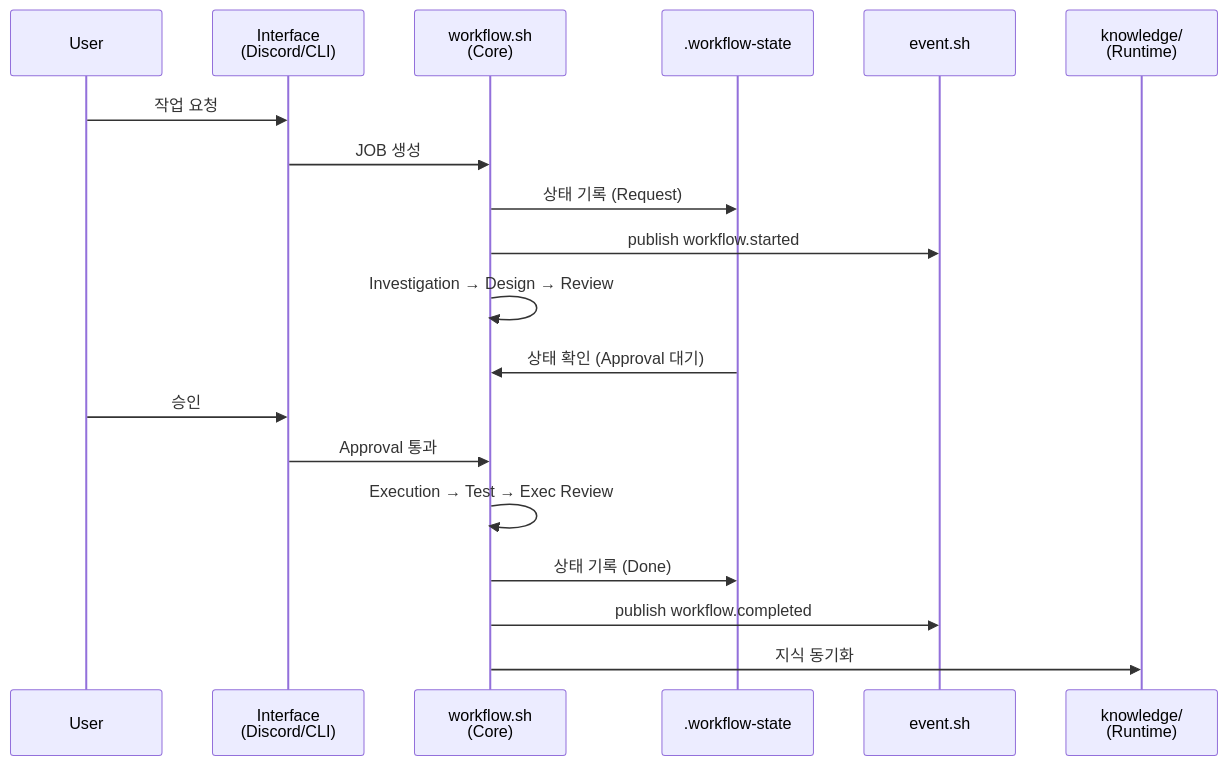
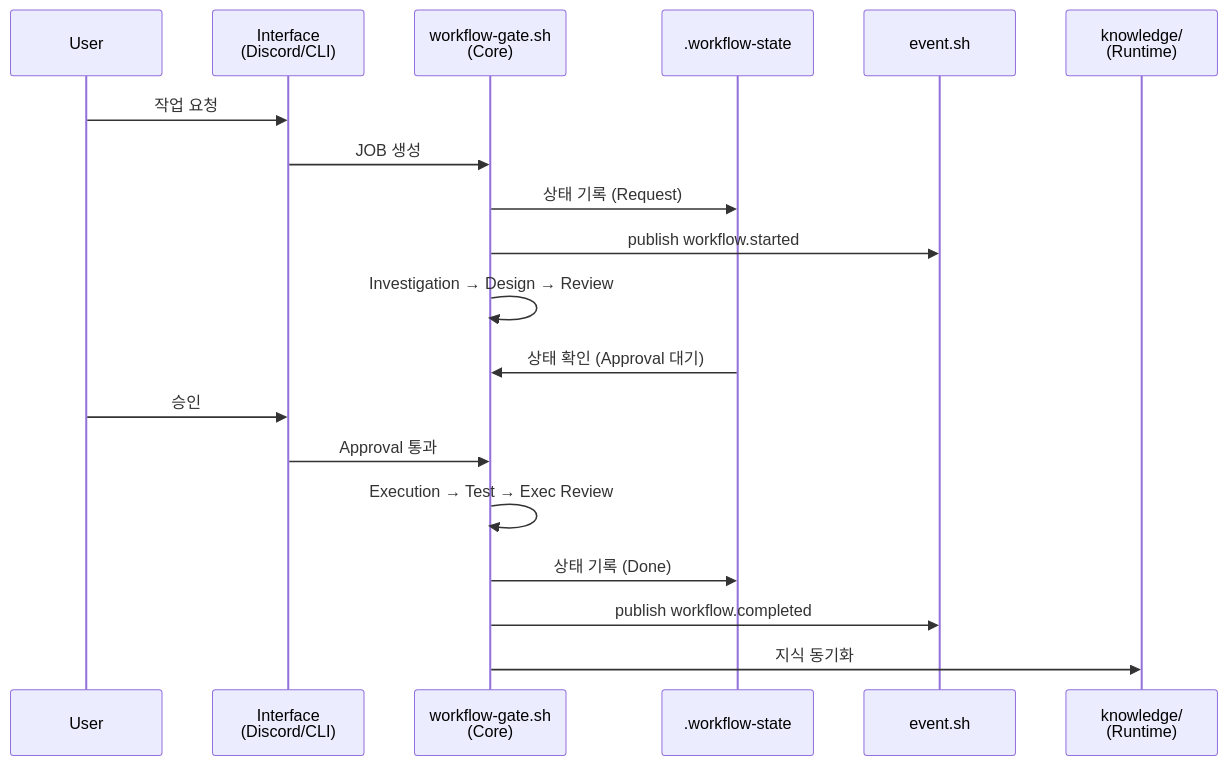
One commit to pheanor-agent/p-hermes changed the second of 3 diagrams in docs/wiki/guides/request-task.md. Above: the diagram before and after it, drawn with Mermaid. The commit also changed other lines of this file and 11 other files, not shown here.

````diff
--- a/docs/wiki/guides/request-task.md
+++ b/docs/wiki/guides/request-task.md
@@ -66,22 +66,22 @@
 ```mermaid
 sequenceDiagram
     participant U as User
     participant IF as Interface<br/>(Discord/CLI)
-    participant WF as workflow.sh<br/>(Core)
+    participant WF as workflow-gate.sh<br/>(Core)
     participant WS as .workflow-state
     participant EV as event.sh
     participant K as knowledge/<br/>(Runtime)
 
     U->>IF: 작업 요청
     IF->>WF: JOB 생성
     WF->>WS: 상태 기록 (Request)
     WF->>EV: publish workflow.started
     WF->>WF: Investigation → Design → Review
     WS->>WF: 상태 확인 (Approval 대기)
     U->>IF: 승인
     IF->>WF: Approval 통과
     WF->>WF: Execution → Test → Exec Review
     WF->>WS: 상태 기록 (Done)
     WF->>EV: publish workflow.completed
     WF->>K: 지식 동기화
 ```
````
